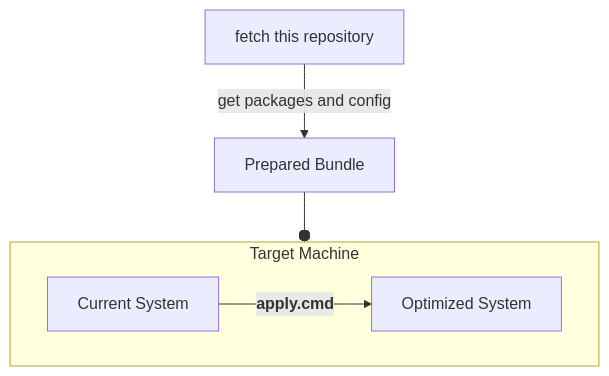
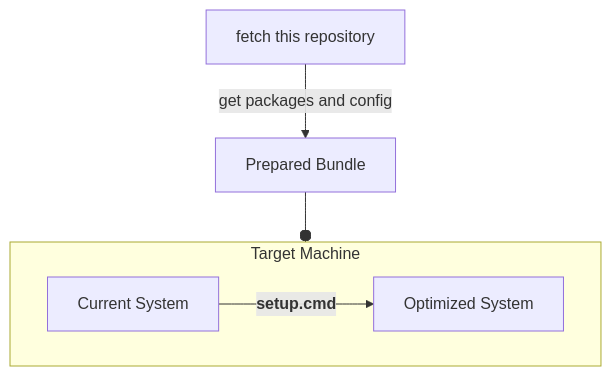
The second of 2 diagrams in README.md (neo-sam/mysysprep), drawn with Mermaid before and after one commit. The commit also changed other lines of this file and 73 other files, not shown here.

````diff
--- a/README.md
+++ b/README.md
@@ -45,8 +45,8 @@
 ```mermaid
 flowchart TB
   fetch[fetch this repository] -- get packages and config --> bundle[Prepared Bundle]
   subgraph config [Target Machine]
-      old[Current System] -- <b>apply.cmd</b> --> new[Optimized System]
+      old[Current System] -- <b>setup.cmd</b> --> new[Optimized System]
   end
   bundle --o config
 ```
````
